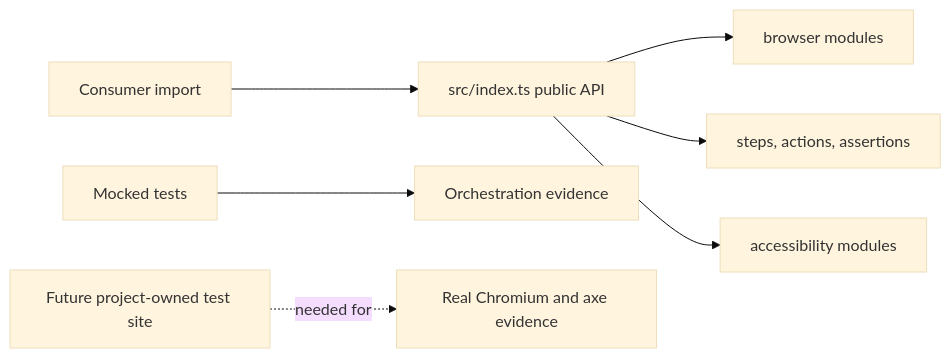
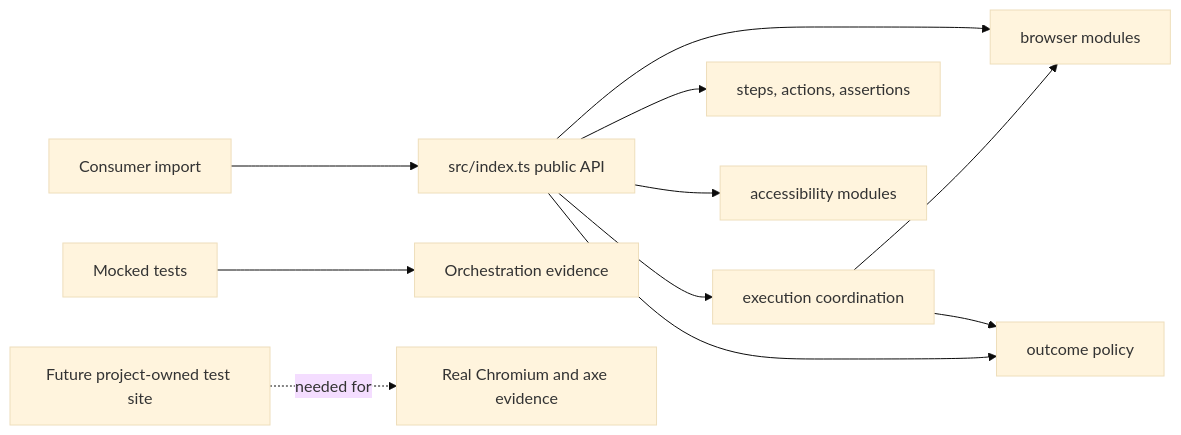
The diagram in Learning Plan/Packages/runner-core/Lessons/10-structure-and-verification.md (Scott-D-Hodgson/stagehand), drawn with Mermaid (base theme) before and after one commit. The commit also changed other lines of this file and 29 other files, not shown here.

````diff
--- a/Learning Plan/Packages/runner-core/Lessons/10-structure-and-verification.md
+++ b/Learning Plan/Packages/runner-core/Lessons/10-structure-and-verification.md
@@ -14,9 +14,13 @@
 ```mermaid
 flowchart LR
     A[Consumer import] --> I[src/index.ts public API]
     I --> B[browser modules]
     I --> S[steps, actions, assertions]
     I --> X[accessibility modules]
+    I --> E[execution coordination]
+    I --> U[outcome policy]
+    E --> B
+    E --> U
     T[Mocked tests] --> O[Orchestration evidence]
     R[Future project-owned test site] -. needed for .-> C[Real Chromium and axe evidence]
 ```
````
